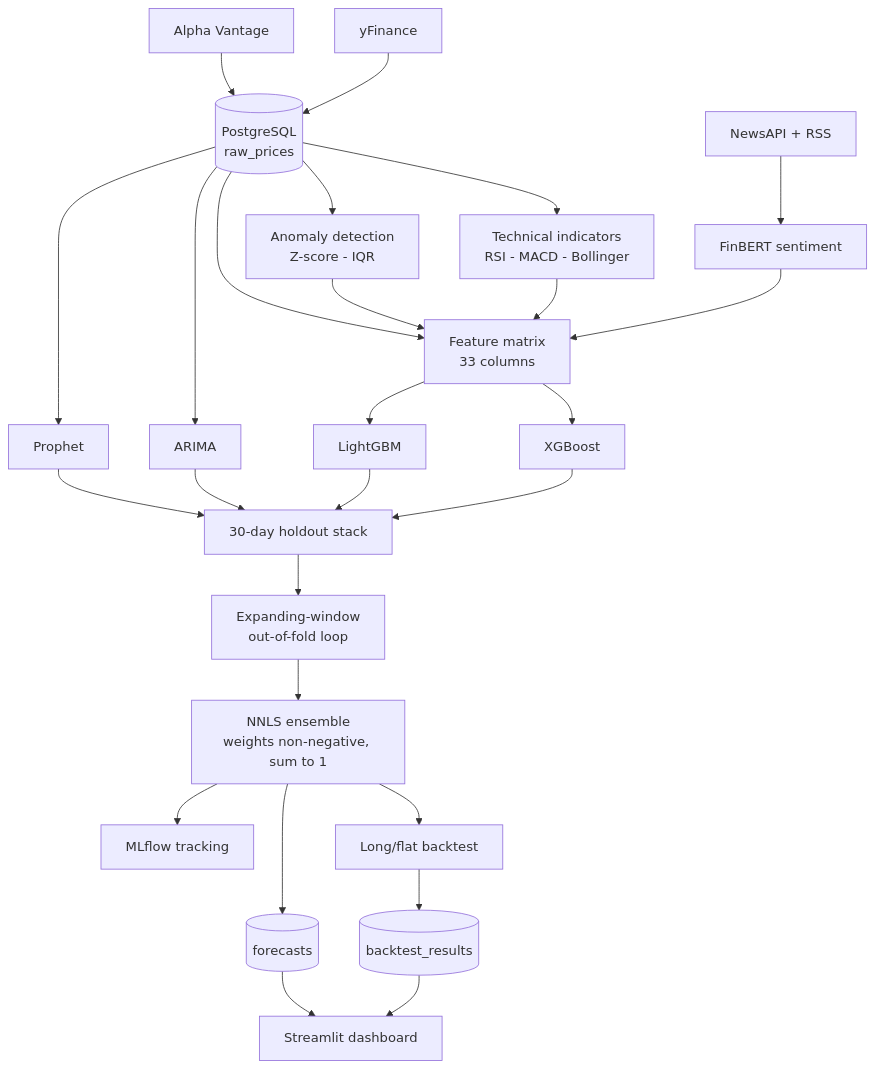
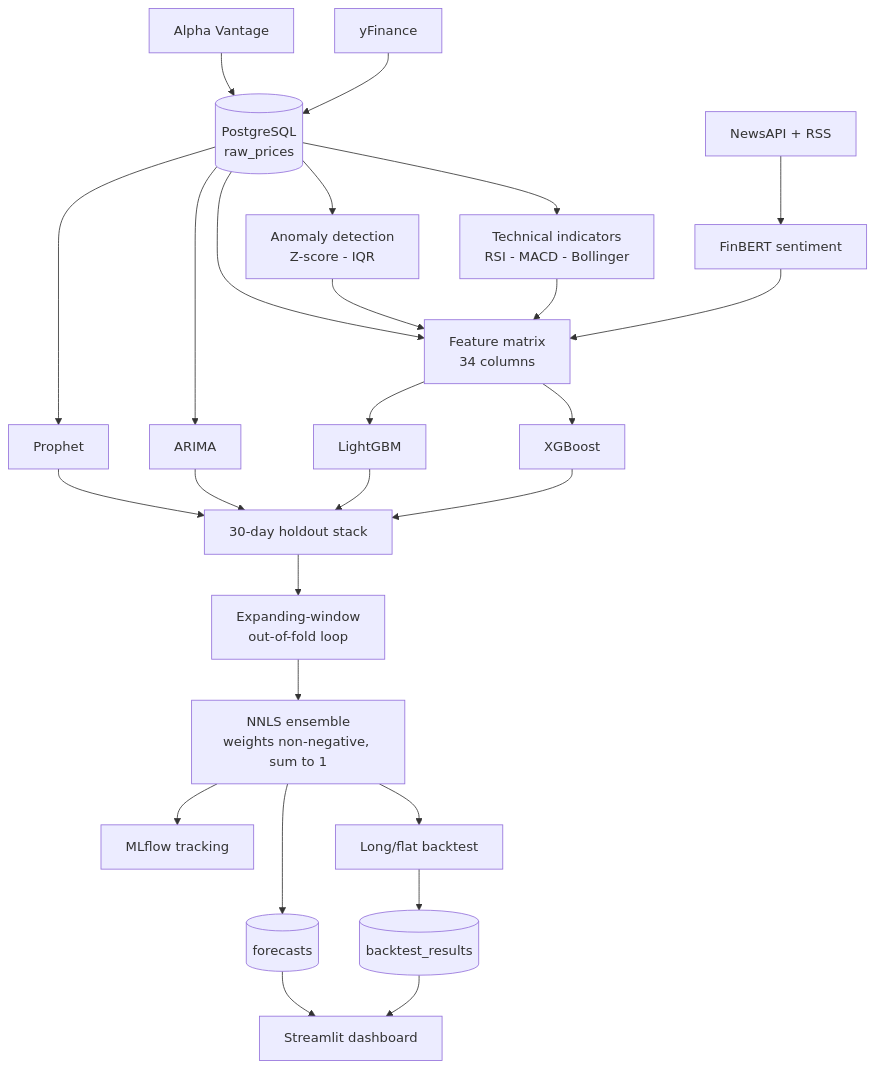
The diagram in README.md (logn1602/QuantFlow), drawn with Mermaid before and after one commit. The commit also changed other lines of this file and 7 other files, not shown here.

````diff
--- a/README.md
+++ b/README.md
@@ -26,35 +26,35 @@
 ```mermaid
 flowchart TD
     YF[yFinance] --> DB[(PostgreSQL<br/>raw_prices)]
     AV[Alpha Vantage] --> DB
     NEWS[NewsAPI + RSS] --> FB[FinBERT sentiment]
 
     DB --> IND[Technical indicators<br/>RSI - MACD - Bollinger]
     DB --> ANOM[Anomaly detection<br/>Z-score - IQR]
 
-    IND --> FEAT[Feature matrix<br/>33 columns]
+    IND --> FEAT[Feature matrix<br/>34 columns]
     ANOM --> FEAT
     FB --> FEAT
     DB --> FEAT
 
     DB --> ARIMA[ARIMA]
     DB --> PROPH[Prophet]
     FEAT --> XGB[XGBoost]
     FEAT --> LGB[LightGBM]
 
     ARIMA --> STACK[30-day holdout stack]
     PROPH --> STACK
     XGB --> STACK
     LGB --> STACK
 
     STACK --> OOF[Expanding-window<br/>out-of-fold loop]
     OOF --> ENS[NNLS ensemble<br/>weights non-negative, sum to 1]
 
     ENS --> BT[Long/flat backtest]
     ENS --> FC[(forecasts)]
     BT --> RES[(backtest_results)]
 
     FC --> UI[Streamlit dashboard]
     RES --> UI
     ENS --> ML[MLflow tracking]
 ```
````
